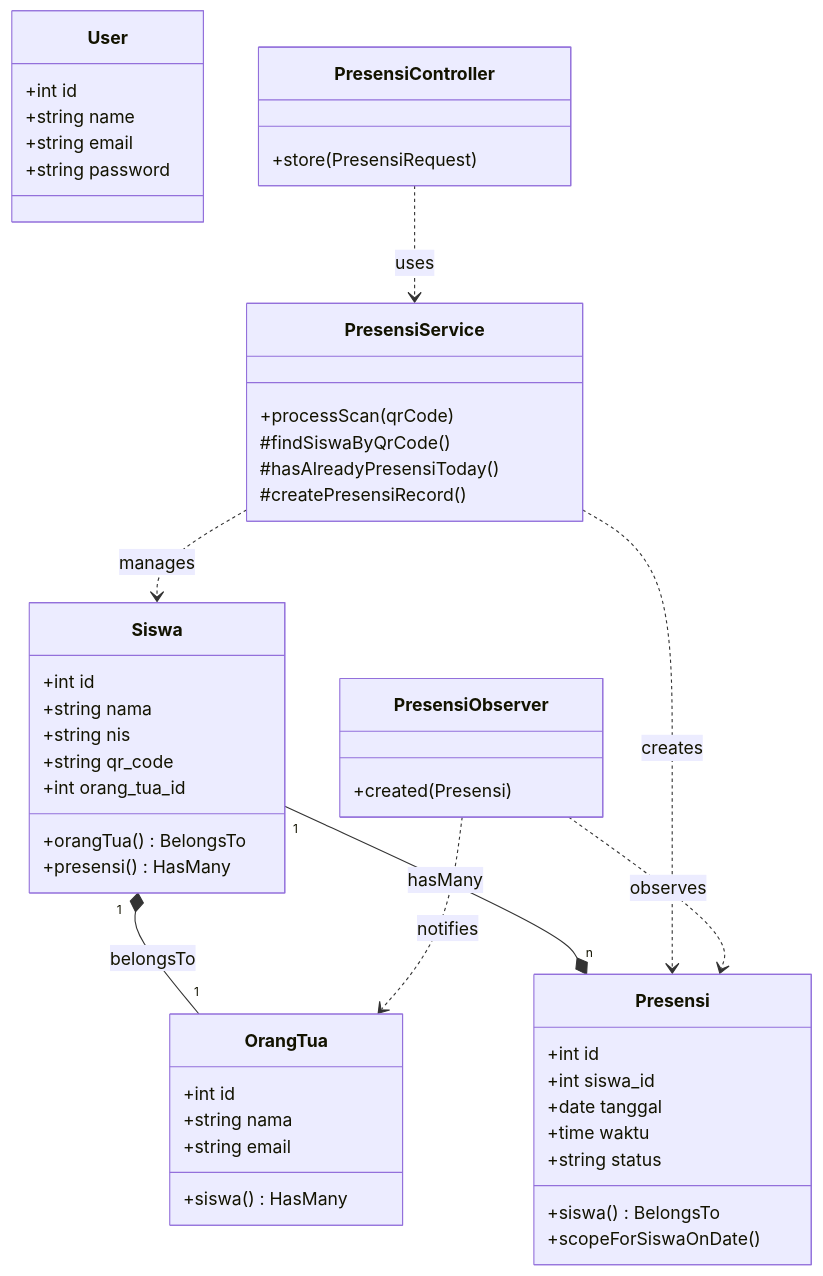
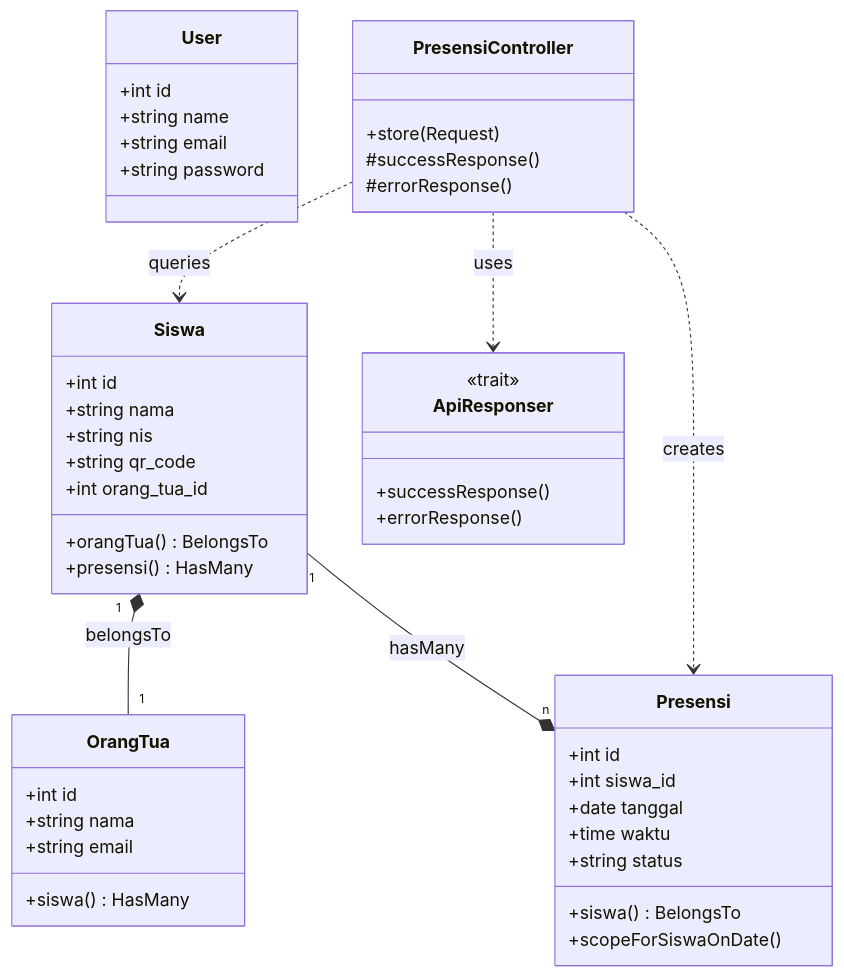
One commit to DimasVSuper/Sistem-Informasi-Presensi-Siswa-Laravel-11 changed the diagram in docs/Jurnal/Diagram/ClassDiagram.md. Above: the diagram before and after it, drawn with Mermaid. The commit also changed other lines of this file and 12 other files, not shown here.

Commit message:
docs: initialize comprehensive technical documentation, project architecture, and quality assurance journals.

````diff
--- a/docs/Jurnal/Diagram/ClassDiagram.md
+++ b/docs/Jurnal/Diagram/ClassDiagram.md
@@ -5,59 +5,54 @@
 ```mermaid
 classDiagram
     class Siswa {
         +int id
         +string nama
         +string nis
         +string qr_code
         +int orang_tua_id
         +orangTua() BelongsTo
         +presensi() HasMany
     }
 
     class OrangTua {
         +int id
         +string nama
         +string email
         +siswa() HasMany
     }
 
     class Presensi {
         +int id
         +int siswa_id
         +date tanggal
         +time waktu
         +string status
         +siswa() BelongsTo
         +scopeForSiswaOnDate()
     }
 
     class User {
         +int id
         +string name
         +string email
         +string password
     }
 
-    class PresensiService {
-        +processScan(qrCode)
-        #findSiswaByQrCode()
-        #hasAlreadyPresensiToday()
-        #createPresensiRecord()
+    class PresensiController {
+        +store(Request)
+        #successResponse()
+        #errorResponse()
     }
 
-    class PresensiController {
-        +store(PresensiRequest)
-    }
-
-    class PresensiObserver {
-        +created(Presensi)
+    class ApiResponser {
+        <<trait>>
+        +successResponse()
+        +errorResponse()
     }
 
     Siswa "1" *-- "1" OrangTua : belongsTo
     Siswa "1" --* "n" Presensi : hasMany
-    PresensiController ..> PresensiService : uses
-    PresensiService ..> Siswa : manages
-    PresensiService ..> Presensi : creates
-    PresensiObserver ..> Presensi : observes
-    PresensiObserver ..> OrangTua : notifies
+    PresensiController ..> Siswa : queries
+    PresensiController ..> Presensi : creates
+    PresensiController ..> ApiResponser : uses
 ```
````
